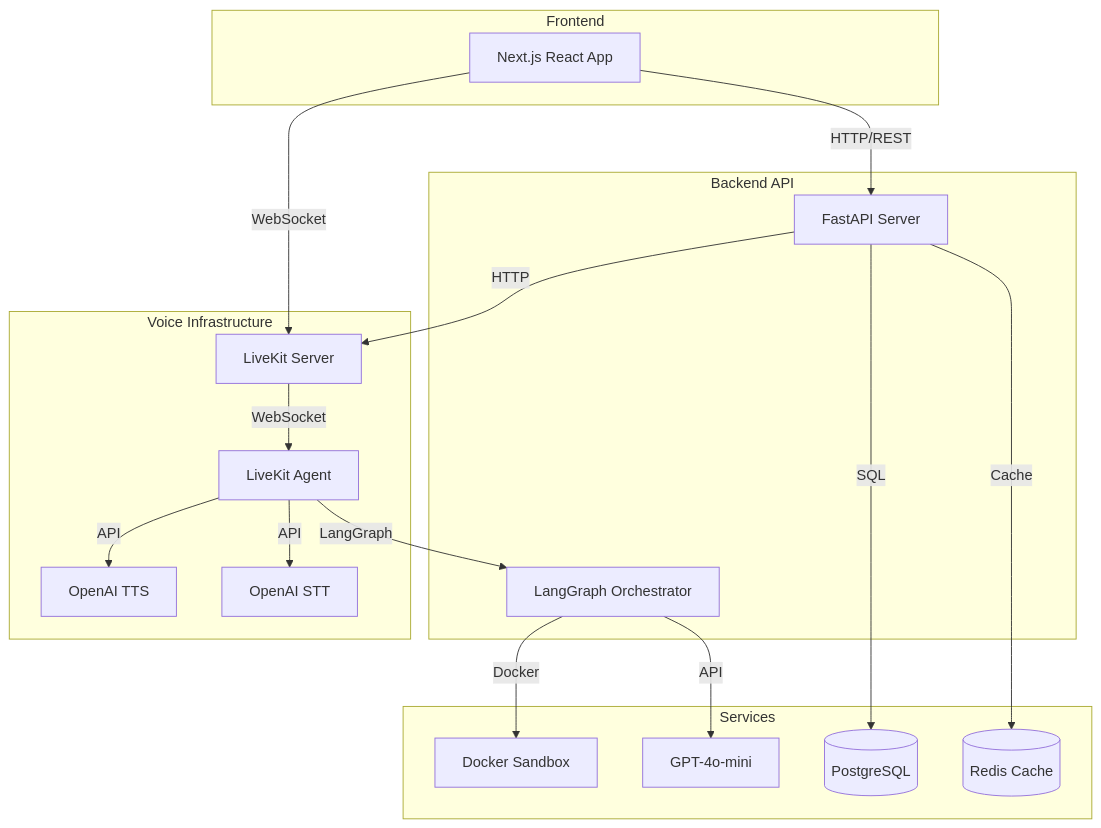
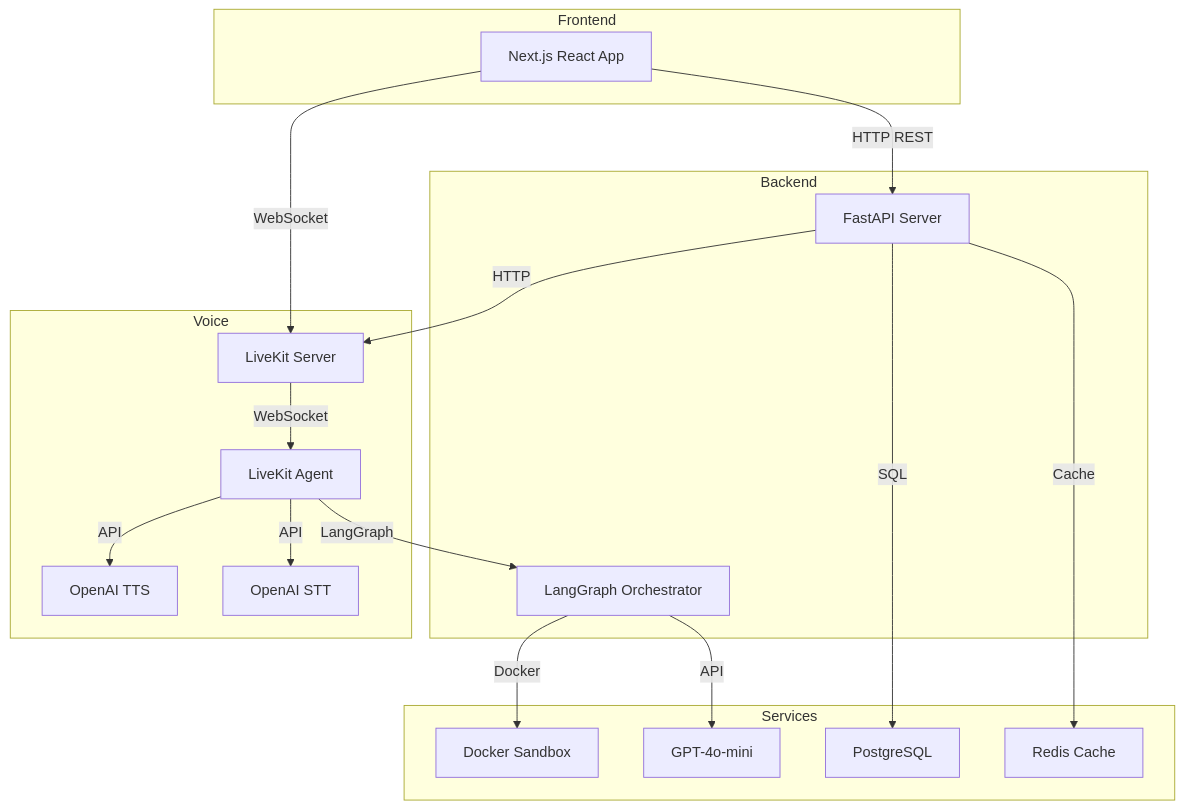
Before and after one commit to StephaneWamba/InterviewLab: the first of 2 diagrams in README.md, drawn with Mermaid. The commit also changed other lines of this file, not shown here.

Commit message:
Fix Mermaid diagrams for GitHub rendering compatibility

````diff
--- a/README.md
+++ b/README.md
@@ -18,37 +18,37 @@
 ```mermaid
 graph TB
-    subgraph "Frontend"
+    subgraph Frontend
         FE[Next.js React App]
     end
 
-    subgraph "Backend API"
+    subgraph Backend
         API[FastAPI Server]
         ORCH[LangGraph Orchestrator]
     end
 
-    subgraph "Voice Infrastructure"
+    subgraph Voice
         LK[LiveKit Server]
         AGENT[LiveKit Agent]
         TTS[OpenAI TTS]
         STT[OpenAI STT]
     end
 
-    subgraph "Services"
+    subgraph Services
         SB[Docker Sandbox]
         LLM[GPT-4o-mini]
-        DB[(PostgreSQL)]
-        REDIS[(Redis Cache)]
+        DB[PostgreSQL]
+        REDIS[Redis Cache]
     end
 
-    FE -->|HTTP/REST| API
+    FE -->|HTTP REST| API
     FE -->|WebSocket| LK
     API -->|HTTP| LK
     API -->|SQL| DB
     API -->|Cache| REDIS
     LK -->|WebSocket| AGENT
     AGENT -->|LangGraph| ORCH
     ORCH -->|API| LLM
     ORCH -->|Docker| SB
     AGENT -->|API| TTS
     AGENT -->|API| STT
 ```
````
